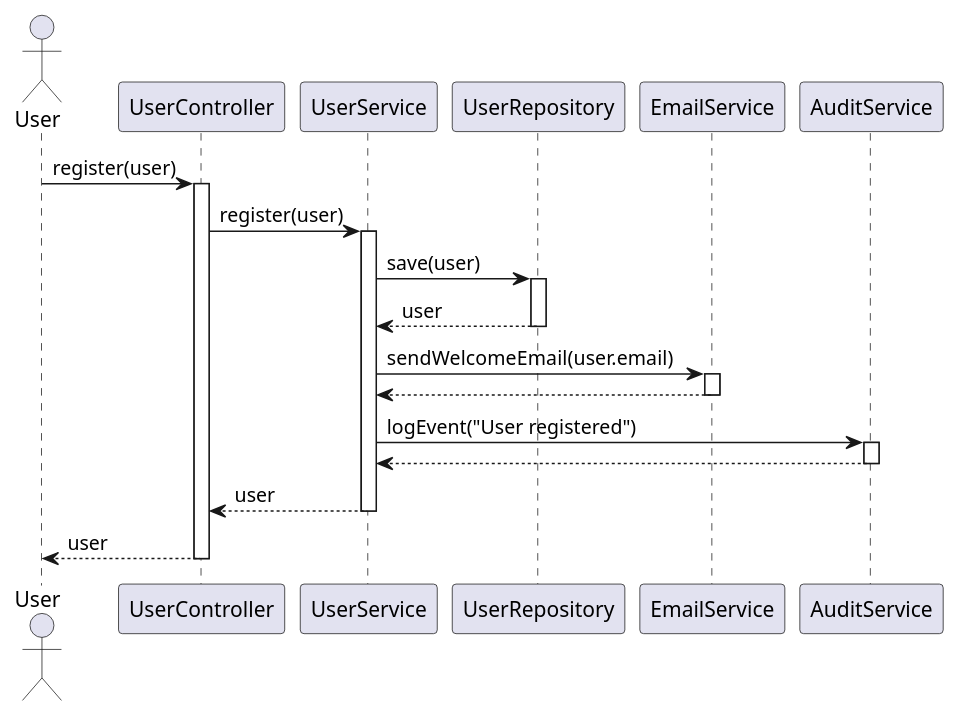
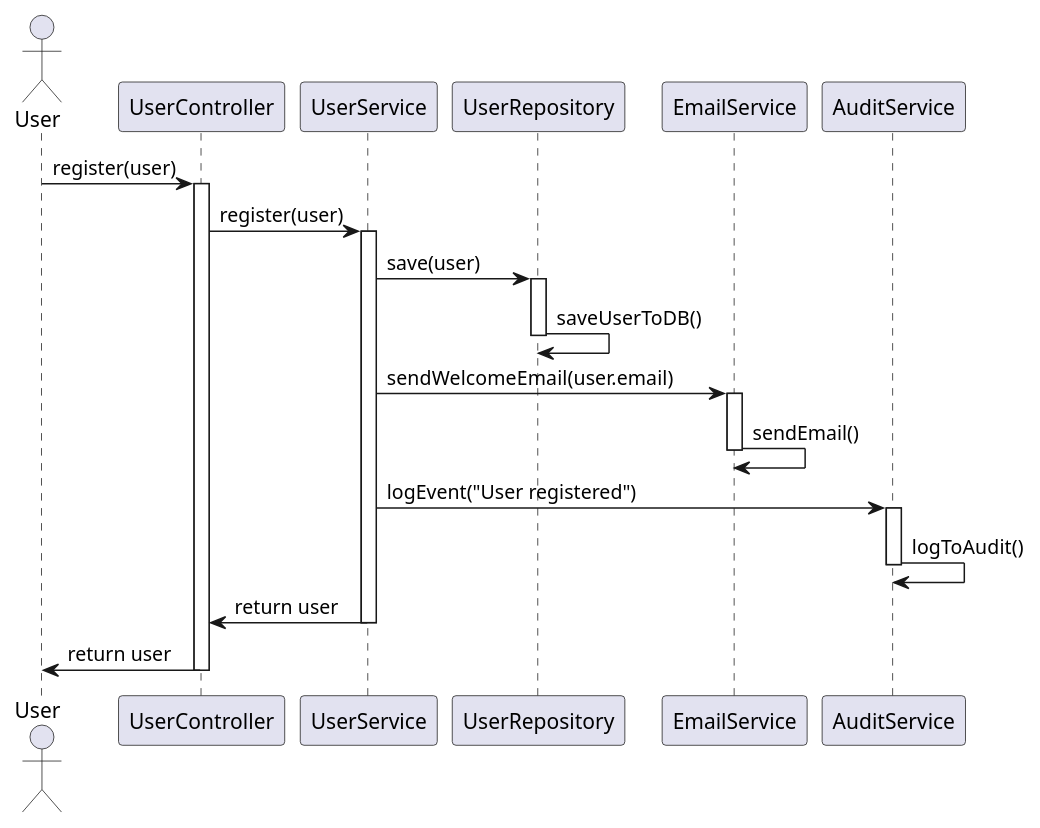
One commit to Dinesh-s95/AutoDoc.ai changed the first of 4 diagrams in identityprovider/documentation/detaileddesign.adoc. Above: the diagram before and after it, drawn with PlantUML. The commit also changed other lines of this file and 4 other files, not shown here.

```diff
--- a/identityprovider/documentation/detaileddesign.adoc
+++ b/identityprovider/documentation/detaileddesign.adoc
@@ -259,38 +300,38 @@
 [plantuml, user-registration-sequence, png]
 ----
 @startuml
 actor User
 participant UserController
 participant UserService
 participant UserRepository
 participant EmailService
 participant AuditService
 
 User -> UserController : register(user)
 activate UserController
 
 UserController -> UserService : register(user)
 activate UserService
 
 UserService -> UserRepository : save(user)
 activate UserRepository
-UserRepository --> UserService : user
+UserRepository -> UserRepository : saveUserToDB()
 deactivate UserRepository
 
 UserService -> EmailService : sendWelcomeEmail(user.email)
 activate EmailService
-EmailService --> UserService
+EmailService -> EmailService : sendEmail()
 deactivate EmailService
 
 UserService -> AuditService : logEvent("User registered")
 activate AuditService
-AuditService --> UserService
+AuditService -> AuditService : logToAudit()
 deactivate AuditService
 
-UserService --> UserController : user
+UserService -> UserController : return user
 deactivate UserService
 
-UserController --> User : user
+UserController -> User : return user
 deactivate UserController
 @enduml
 ----
```
